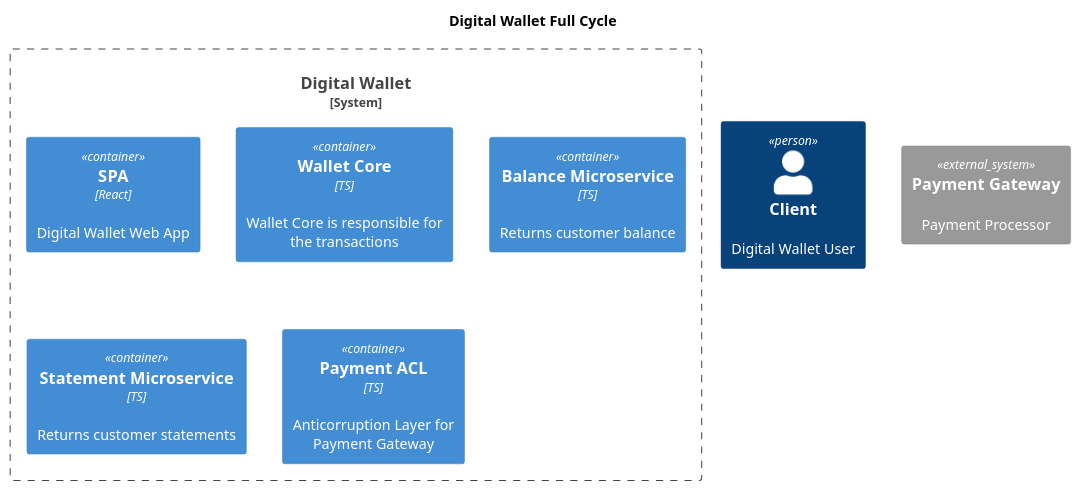
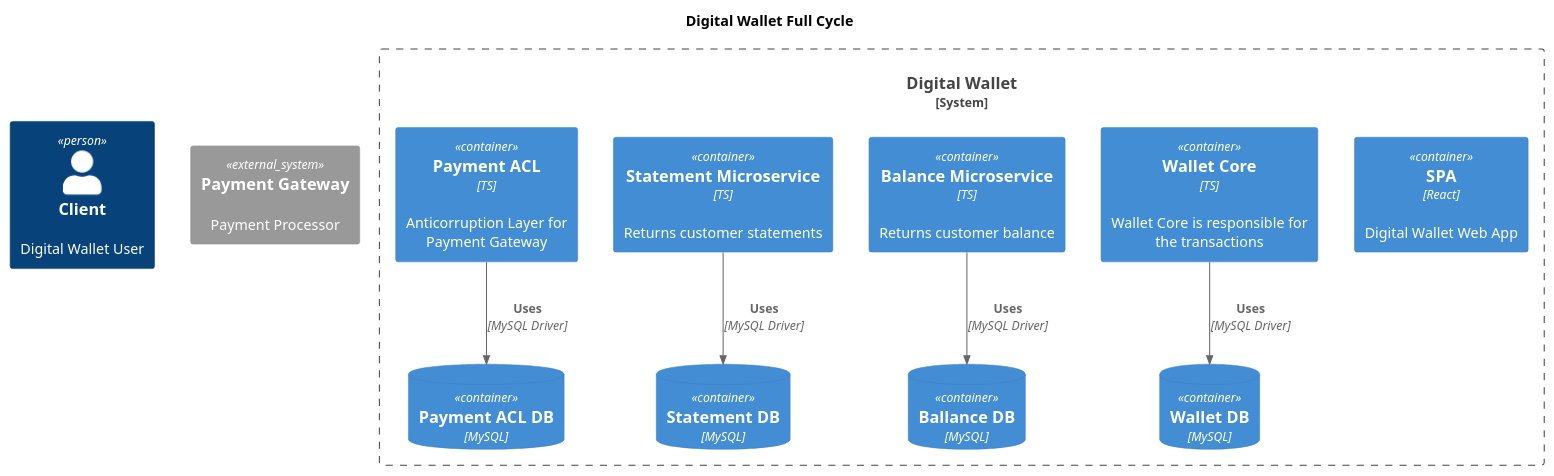
Before and after one commit to a-martins/digital-wallet-plant-uml: the diagram in containers.puml, drawn with PlantUML.

Commit message:
Adding DBs and Relationship

```diff
--- a/containers.puml
+++ b/containers.puml
@@ -1,18 +1,30 @@
 @startuml
 !include https://raw.githubusercontent.com/plantuml-stdlib/C4-PlantUML/master/C4_Container.puml
 
 title "Digital Wallet Full Cycle"
 
 Person(client, "Client", "Digital Wallet User")
 
 System_Ext(payment_gateway, "Payment Gateway", "Payment Processor")
 
 System_Boundary(digital_wallet, "Digital Wallet"){
   Container(spa, "SPA", "React", "Digital Wallet Web App")
   Container(wallet_core, "Wallet Core", "TS", "Wallet Core is responsible for the transactions")
   Container(balance_service, "Balance Microservice", "TS", "Returns customer balance")
   Container(statement_service, "Statement Microservice", "TS", "Returns customer statements")
   Container(payment_acl, "Payment ACL", "TS", "Anticorruption Layer for Payment Gateway")
+
+  ContainerDb(wallet_core_db, "Wallet DB", "MySQL")
+  Rel(wallet_core, wallet_core_db, "Uses", "MySQL Driver")
+
+  ContainerDb(ballance_db, "Ballance DB", "MySQL")
+  Rel(balance_service, ballance_db, "Uses", "MySQL Driver")
+
+  ContainerDb(statement_db, "Statement DB", "MySQL")
+  Rel(statement_service, statement_db, "Uses", "MySQL Driver")
+
+  ContainerDb(payment_acl_db, "Payment ACL DB", "MySQL")
+  Rel(payment_acl, payment_acl_db, "Uses", "MySQL Driver")
 }
 
 @enduml
```
